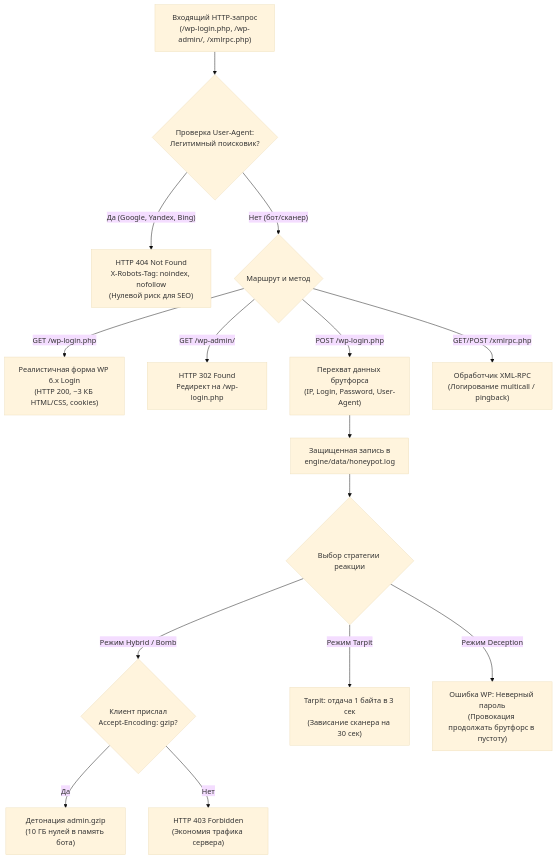
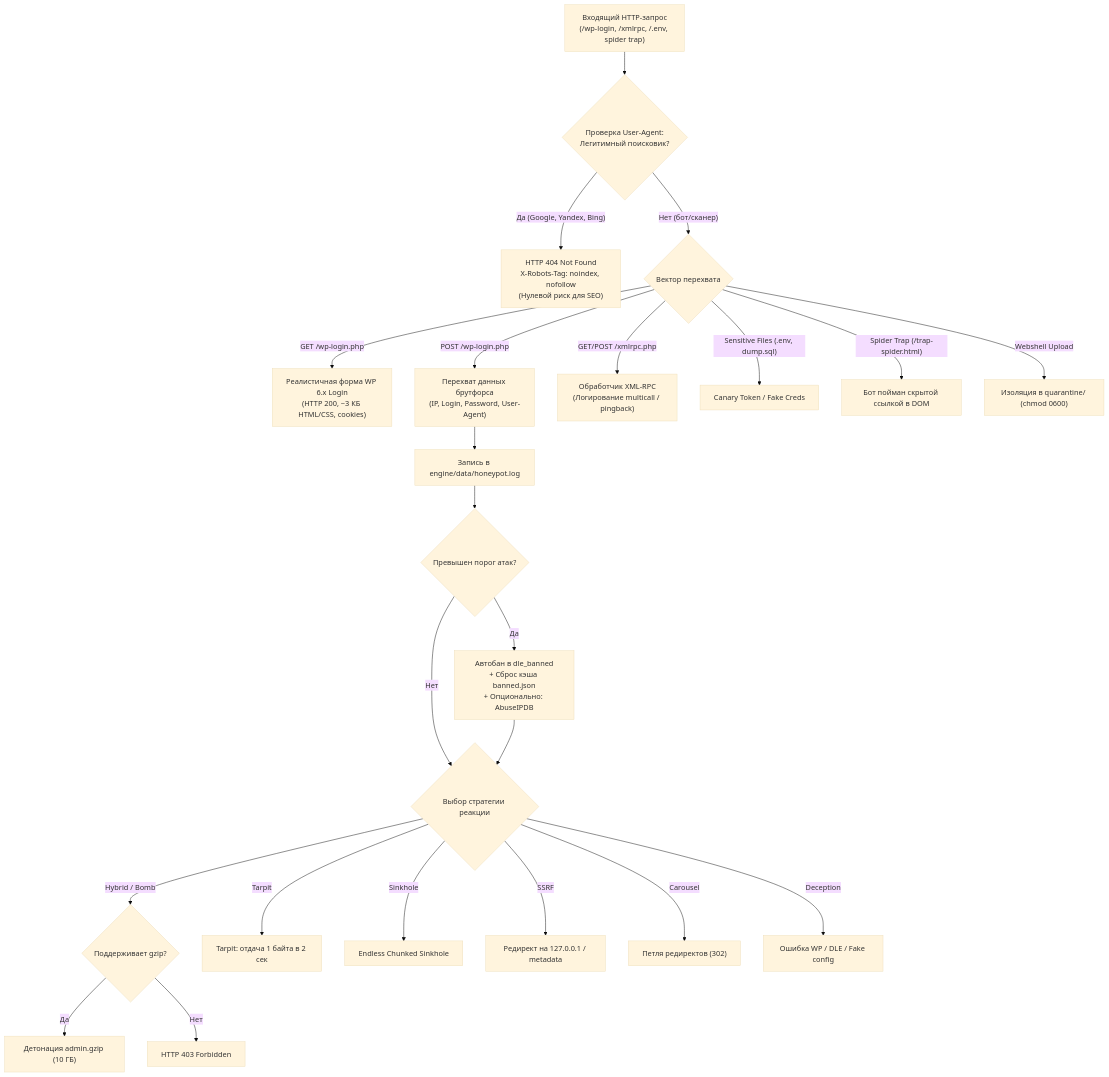
One commit to shlyahten/dle-wordpress-honeypot changed the diagram in README.md. Above: the diagram before and after it, drawn with Mermaid (base theme). The commit also changed other lines of this file and 5 other files, not shown here.

````diff
--- a/README.md
+++ b/README.md
@@ -39,23 +45,32 @@
 ```mermaid
 flowchart TD
-    Request["Входящий HTTP-запрос\n(/wp-login.php, /wp-admin/, /xmlrpc.php)"] --> Filter{"Проверка User-Agent:\nЛегитимный поисковик?"}
+    Request["Входящий HTTP-запрос\n(/wp-login, /xmlrpc, /.env, spider trap)"] --> Filter{"Проверка User-Agent:\nЛегитимный поисковик?"}
     
     Filter -- "Да (Google, Yandex, Bing)" --> Safe["HTTP 404 Not Found\nX-Robots-Tag: noindex, nofollow\n(Нулевой риск для SEO)"]
     
-    Filter -- "Нет (бот/сканер)" --> Route{"Маршрут и метод"}
+    Filter -- "Нет (бот/сканер)" --> Route{"Вектор перехвата"}
     
     Route -- "GET /wp-login.php" --> FakeLogin["Реалистичная форма WP 6.x Login\n(HTTP 200, ~3 КБ HTML/CSS, cookies)"]
-    Route -- "GET /wp-admin/" --> WP302["HTTP 302 Found\nРедирект на /wp-login.php"]
     Route -- "POST /wp-login.php" --> Harvest["Перехват данных брутфорса\n(IP, Login, Password, User-Agent)"]
     Route -- "GET/POST /xmlrpc.php" --> XMLRPC["Обработчик XML-RPC\n(Логирование multicall / pingback)"]
+    Route -- "Sensitive Files (.env, dump.sql)" --> Canary["Canary Token / Fake Creds"]
+    Route -- "Spider Trap (/trap-spider.html)" --> Trap["Бот пойман скрытой ссылкой в DOM"]
+    Route -- "Webshell Upload" --> Sandbox["Изоляция в quarantine/ (chmod 0600)"]
     
-    Harvest --> Log["Защищенная запись в\nengine/data/honeypot.log"]
-    Log --> Decision{"Выбор стратегии реакции"}
+    Harvest --> Log["Запись в engine/data/honeypot.log"]
+    Log --> AutoBanCheck{"Превышен порог атак?"}
+    AutoBanCheck -- "Да" --> DleBan["Автобан в dle_banned\n+ Сброс кэша banned.json\n+ Опционально: AbuseIPDB"]
+    AutoBanCheck -- "Нет" --> SanctionDisp
     
-    Decision -- "Режим Hybrid / Bomb" --> CheckGzip{"Клиент прислал\nAccept-Encoding: gzip?"}
-    CheckGzip -- "Да" --> GzipBomb["Детонация admin.gzip\n(10 ГБ нулей в память бота)"]
-    CheckGzip -- "Нет" --> Safe403["HTTP 403 Forbidden\n(Экономия трафика сервера)"]
+    DleBan --> SanctionDisp{"Выбор стратегии реакции"}
     
-    Decision -- "Режим Tarpit" --> Tarpit["Tarpit: отдача 1 байта в 3 сек\n(Зависание сканера на 30 сек)"]
-    Decision -- "Режим Deception" --> FakeError["Ошибка WP: Неверный пароль\n(Провокация продолжать брутфорс в пустоту)"]
+    SanctionDisp -- "Hybrid / Bomb" --> CheckGzip{"Поддерживает gzip?"}
+    CheckGzip -- "Да" --> GzipBomb["Детонация admin.gzip (10 ГБ)"]
+    CheckGzip -- "Нет" --> Safe403["HTTP 403 Forbidden"]
+    
+    SanctionDisp -- "Tarpit" --> Tarpit["Tarpit: отдача 1 байта в 2 сек"]
+    SanctionDisp -- "Sinkhole" --> Sinkhole["Endless Chunked Sinkhole"]
+    SanctionDisp -- "SSRF" --> SSRF["Редирект на 127.0.0.1 / metadata"]
+    SanctionDisp -- "Carousel" --> Loop["Петля редиректов (302)"]
+    SanctionDisp -- "Deception" --> FakeError["Ошибка WP / DLE / Fake config"]
 ```
````
